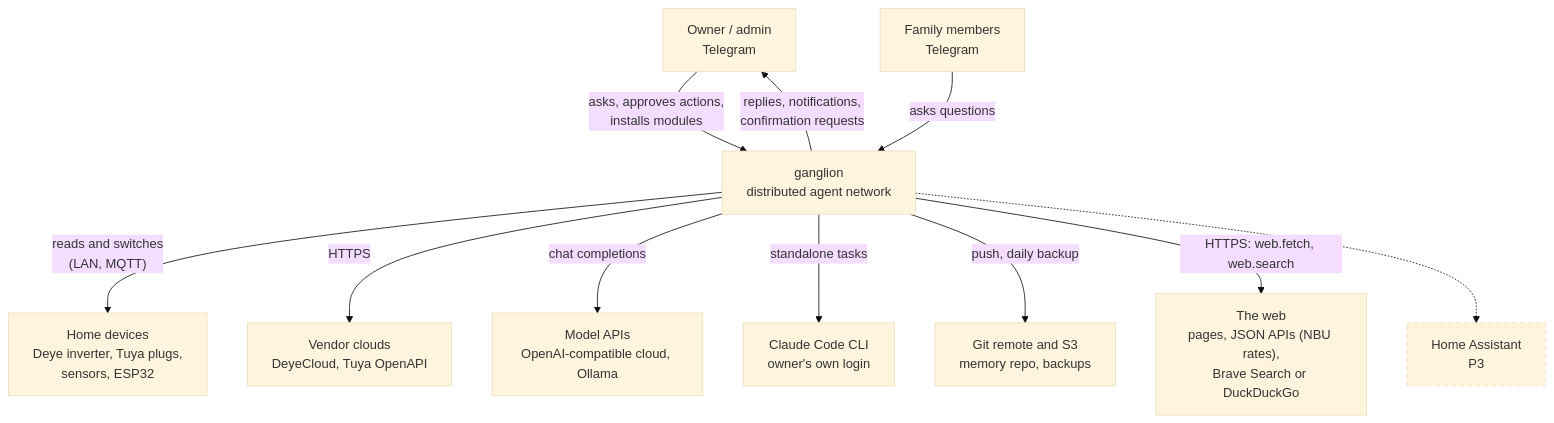
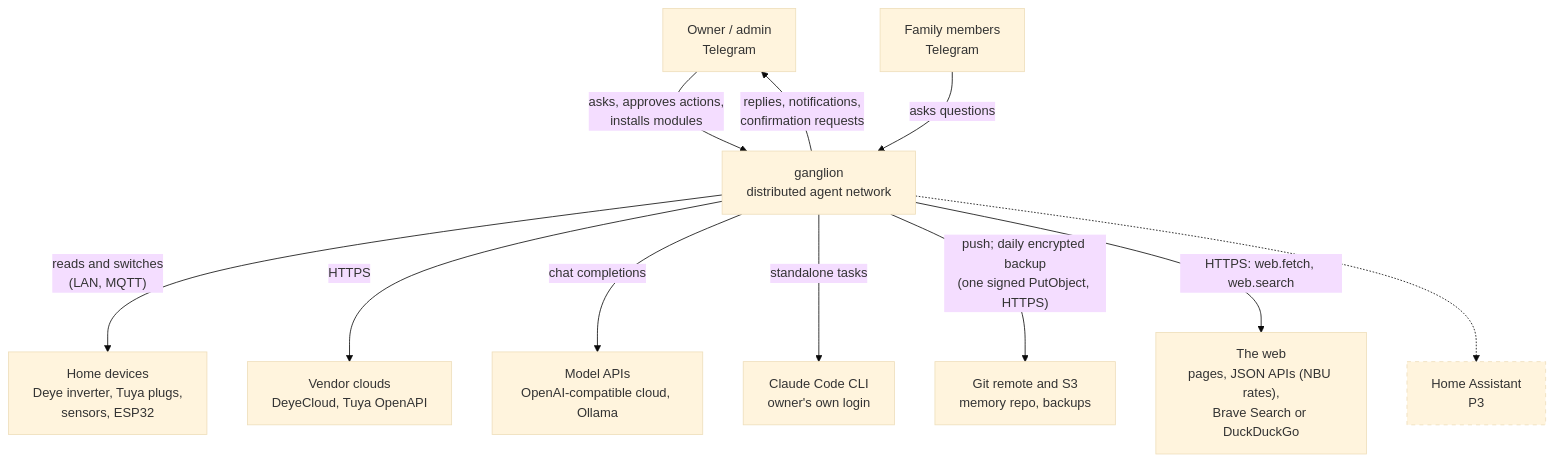
One commit to igorrius/ganglion changed the diagram in docs/architecture/01-context.md. Above: the diagram before and after it, drawn with Mermaid (base theme). The commit also changed other lines of this file and 44 other files, not shown here.

First line of the commit message:
backup: the daily run, /status, alerts and the host commands

````diff
--- a/docs/architecture/01-context.md
+++ b/docs/architecture/01-context.md
@@ -6,29 +6,29 @@
 ```mermaid
 flowchart TB
     owner["Owner / admin<br/>Telegram"]
     family["Family members<br/>Telegram"]
 
     g["ganglion<br/>distributed agent network"]
 
     devices["Home devices<br/>Deye inverter, Tuya plugs,<br/>sensors, ESP32"]
     clouds["Vendor clouds<br/>DeyeCloud, Tuya OpenAPI"]
     llm["Model APIs<br/>OpenAI-compatible cloud, Ollama"]
     claude["Claude Code CLI<br/>owner's own login"]
     backup["Git remote and S3<br/>memory repo, backups"]
     webs["The web<br/>pages, JSON APIs (NBU rates),<br/>Brave Search or DuckDuckGo"]
     ha["Home Assistant<br/>P3"]
 
     owner -- "asks, approves actions,<br/>installs modules" --> g
     family -- "asks questions" --> g
     g -- "replies, notifications,<br/>confirmation requests" --> owner
     g -- "reads and switches<br/>(LAN, MQTT)" --> devices
     g -- "HTTPS" --> clouds
     g -- "chat completions" --> llm
     g -- "standalone tasks" --> claude
-    g -- "push, daily backup" --> backup
+    g -- "push; daily encrypted backup<br/>(one signed PutObject, HTTPS)" --> backup
     g -- "HTTPS: web.fetch, web.search" --> webs
     g -.-> ha
 
     classDef planned stroke-dasharray: 5 5
     class ha planned
 ```
````
